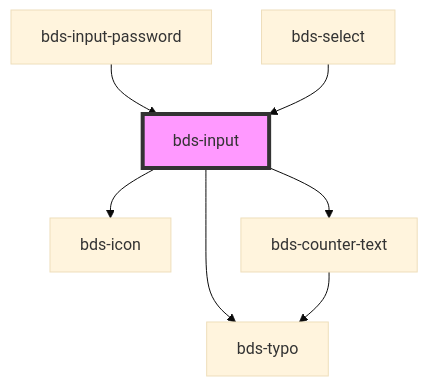
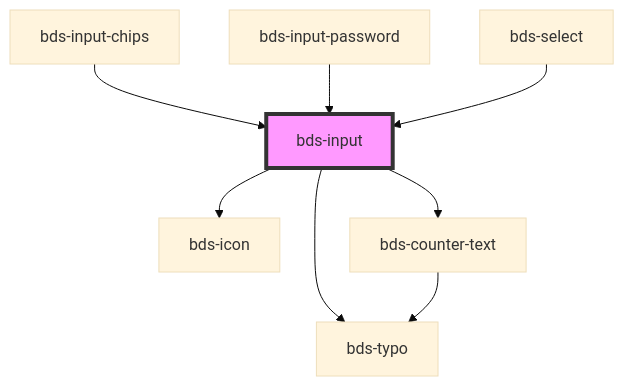
The diagram in src/components/input/readme.md (takenet/blip-ds), drawn with Mermaid (base theme) before and after one commit. The commit also changed other lines of this file and 10 other files, not shown here.

````diff
--- a/src/components/input/readme.md
+++ b/src/components/input/readme.md
@@ -100,10 +101,11 @@
 ```mermaid
 graph TD;
   bds-input --> bds-icon
   bds-input --> bds-typo
   bds-input --> bds-counter-text
   bds-counter-text --> bds-typo
+  bds-input-chips --> bds-input
   bds-input-password --> bds-input
   bds-select --> bds-input
   style bds-input fill:#f9f,stroke:#333,stroke-width:4px
 ```
````
